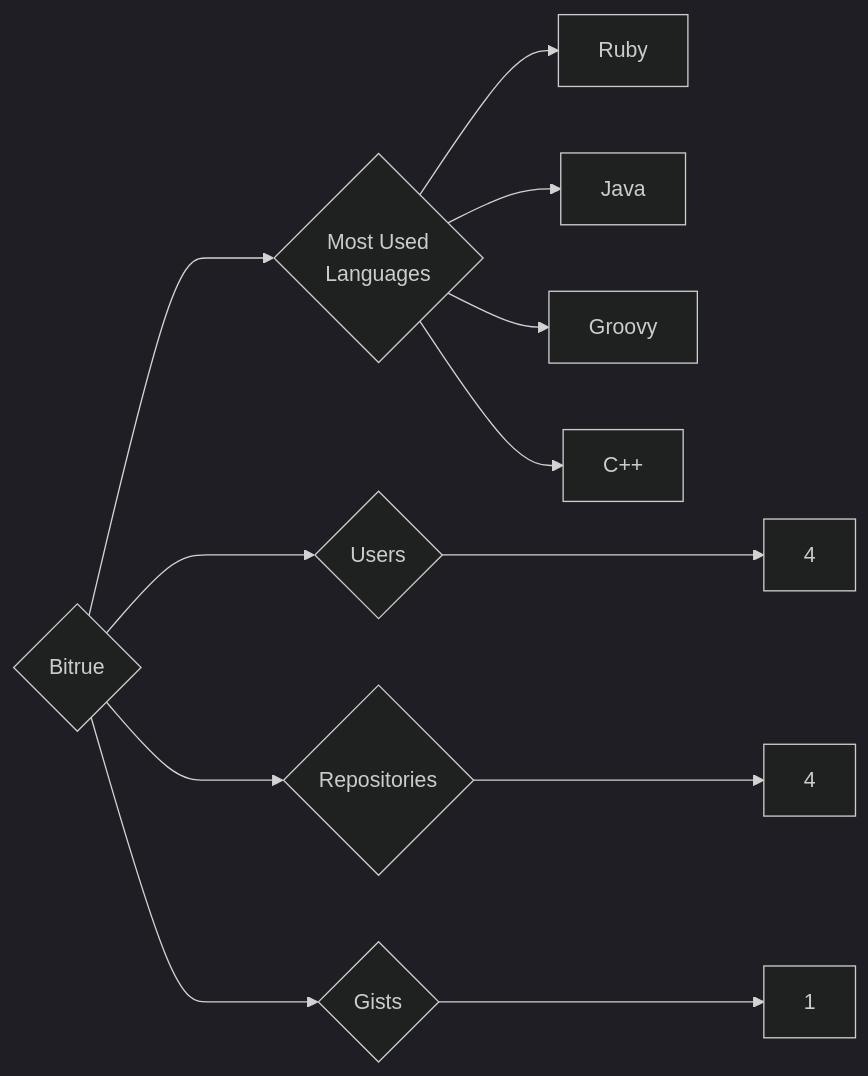
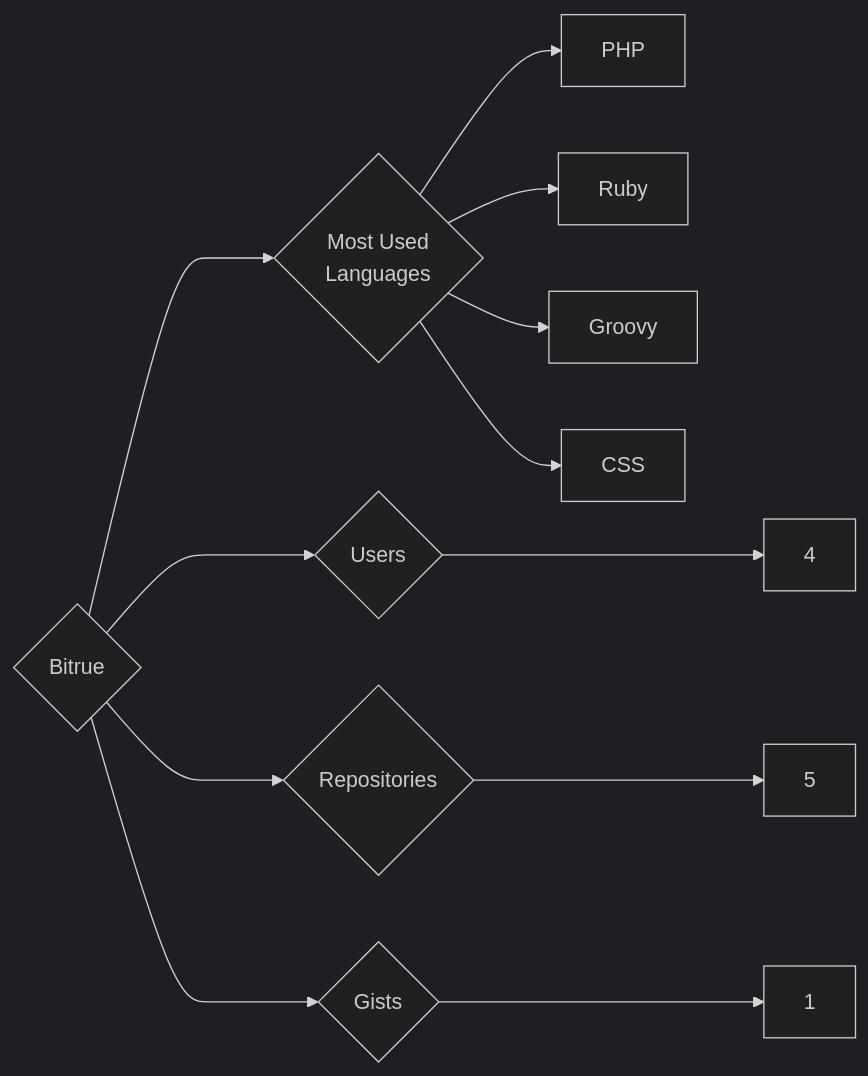
One commit to trickest/insiders changed the diagram in targets/Bitrue/README.md. Above: the diagram before and after it, drawn with Mermaid (dark theme). The commit also changed 833 other files, not shown here.

````diff
--- a/targets/Bitrue/README.md
+++ b/targets/Bitrue/README.md
@@ -3,12 +3,12 @@
 ```mermaid
 graph LR
 COMPANY_NAME{Bitrue}
 COMPANY_NAME ---> U{Users} ---> UN[4]
-COMPANY_NAME ---> R{Repositories} ---> RN[4]
+COMPANY_NAME ---> R{Repositories} ---> RN[5]
 COMPANY_NAME ---> G{Gists} ---> GN[1]
 COMPANY_NAME ---> ML{Most Used<br>Languages}
+ML --> PHP[PHP]
 ML --> Ruby[Ruby]
-ML --> Java[Java]
 ML --> Groovy[Groovy]
-ML --> C++[C++]
+ML --> CSS[CSS]
 ```
````
